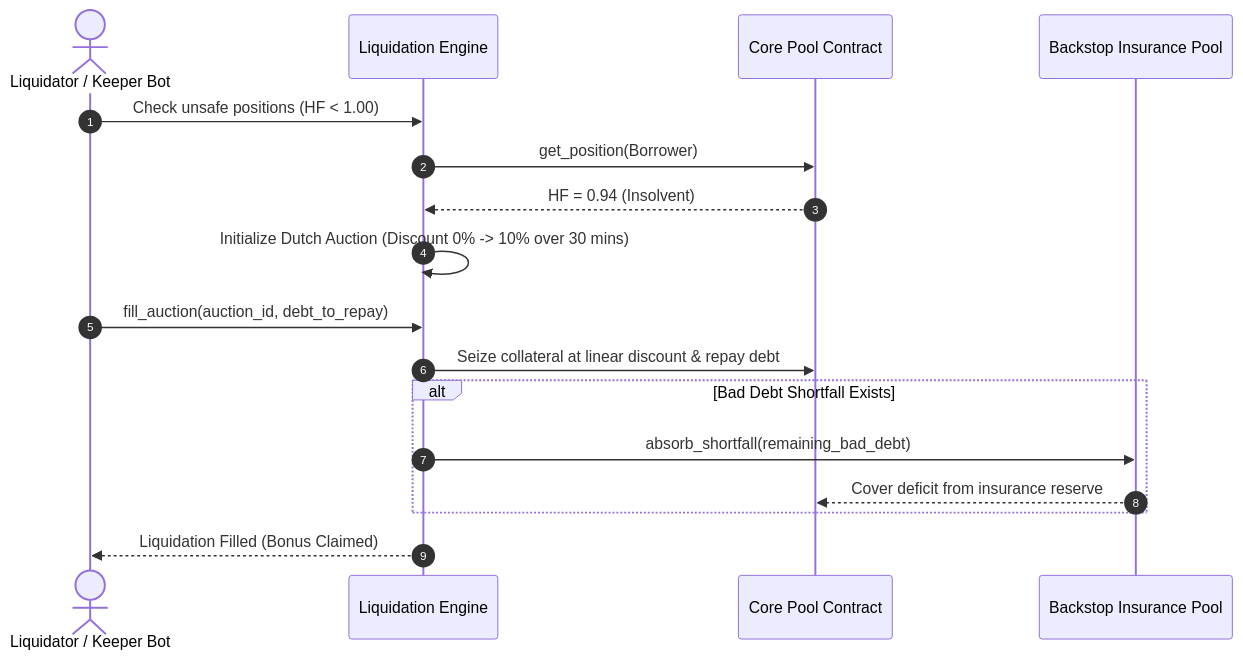
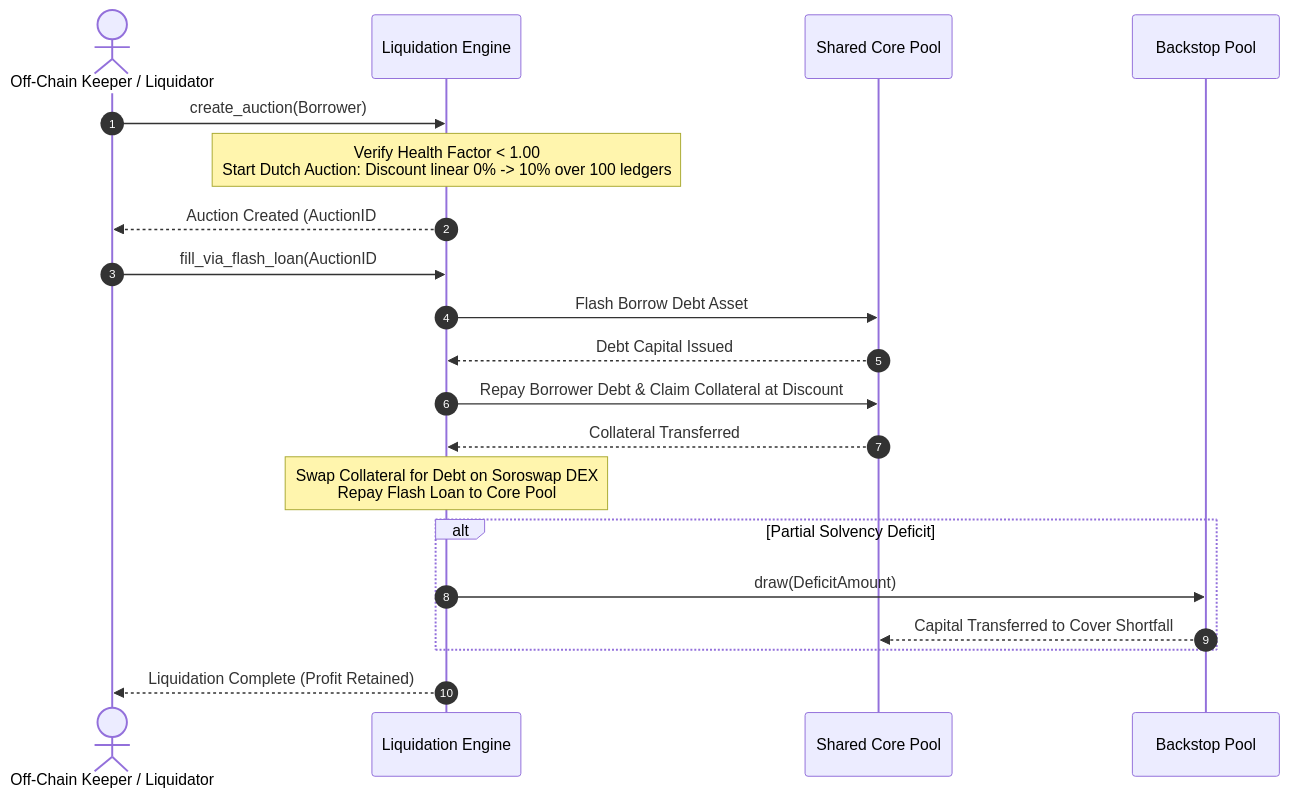
Before and after one commit to mesayanroy/Ergo-Protocol: the third of 3 diagrams in docs/protocol/technical-architecture.md, drawn with Mermaid. The commit also changed other lines of this file and 3 other files, not shown here.

Commit message:
docs: update technical architecture specification for SCF approval

````diff
--- a/docs/protocol/technical-architecture.md
+++ b/docs/protocol/technical-architecture.md
@@ -181,20 +313,25 @@
 ```mermaid
 sequenceDiagram
     autonumber
-    actor Keeper as Liquidator / Keeper Bot
-    participant Engine as Liquidation Engine
-    participant CorePool as Core Pool Contract
-    participant Backstop as Backstop Insurance Pool
+    actor Keeper as Off-Chain Keeper / Liquidator
+    participant LiqEngine as Liquidation Engine
+    participant Core as Shared Core Pool
+    participant Backstop as Backstop Pool
 
-    Keeper->>Engine: Check unsafe positions (HF < 1.00)
-    Engine->>CorePool: get_position(Borrower)
-    CorePool-->>Engine: HF = 0.94 (Insolvent)
-    Engine->>Engine: Initialize Dutch Auction (Discount 0% -> 10% over 30 mins)
-    Keeper->>Engine: fill_auction(auction_id, debt_to_repay)
-    Engine->>CorePool: Seize collateral at linear discount & repay debt
-    alt Bad Debt Shortfall Exists
-        Engine->>Backstop: absorb_shortfall(remaining_bad_debt)
-        Backstop-->>CorePool: Cover deficit from insurance reserve
+    Keeper->>LiqEngine: create_auction(Borrower)
+    Note over LiqEngine: Verify Health Factor < 1.00<br/>Start Dutch Auction: Discount linear 0% -> 10% over 100 ledgers
+    LiqEngine-->>Keeper: Auction Created (AuctionID #42)
+
+    Keeper->>LiqEngine: fill_via_flash_loan(AuctionID #42)
+    LiqEngine->>Core: Flash Borrow Debt Asset
+    Core-->>LiqEngine: Debt Capital Issued
+    LiqEngine->>Core: Repay Borrower Debt & Claim Collateral at Discount
+    Core-->>LiqEngine: Collateral Transferred
+    Note over LiqEngine: Swap Collateral for Debt on Soroswap DEX<br/>Repay Flash Loan to Core Pool
+
+    alt Partial Solvency Deficit
+        LiqEngine->>Backstop: draw(DeficitAmount)
+        Backstop-->>Core: Capital Transferred to Cover Shortfall
     end
-    Engine-->>Keeper: Liquidation Filled (Bonus Claimed)
+    LiqEngine-->>Keeper: Liquidation Complete (Profit Retained)
 ```
````
